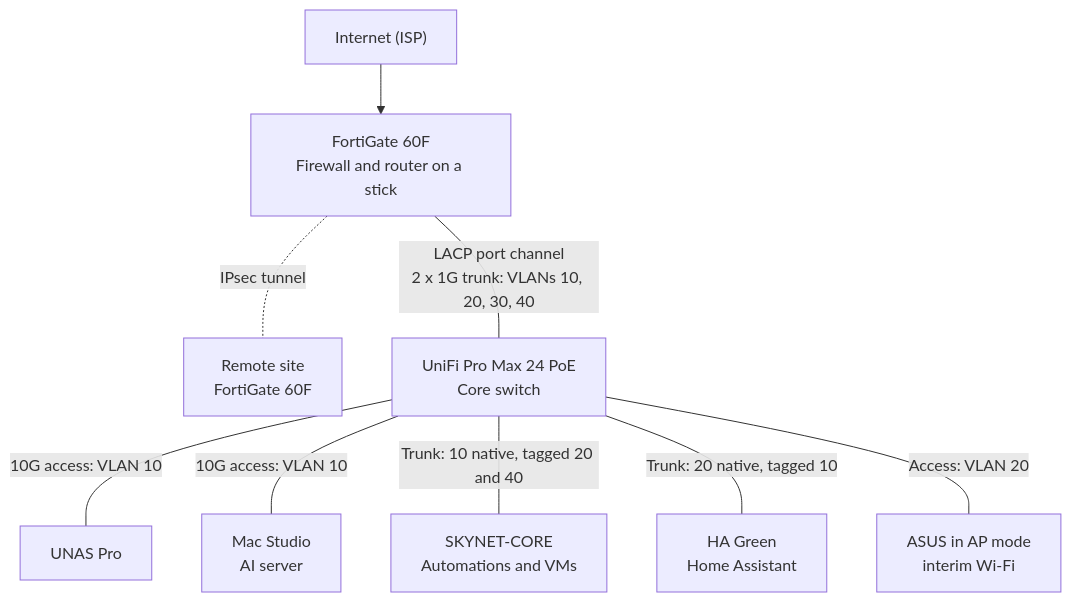
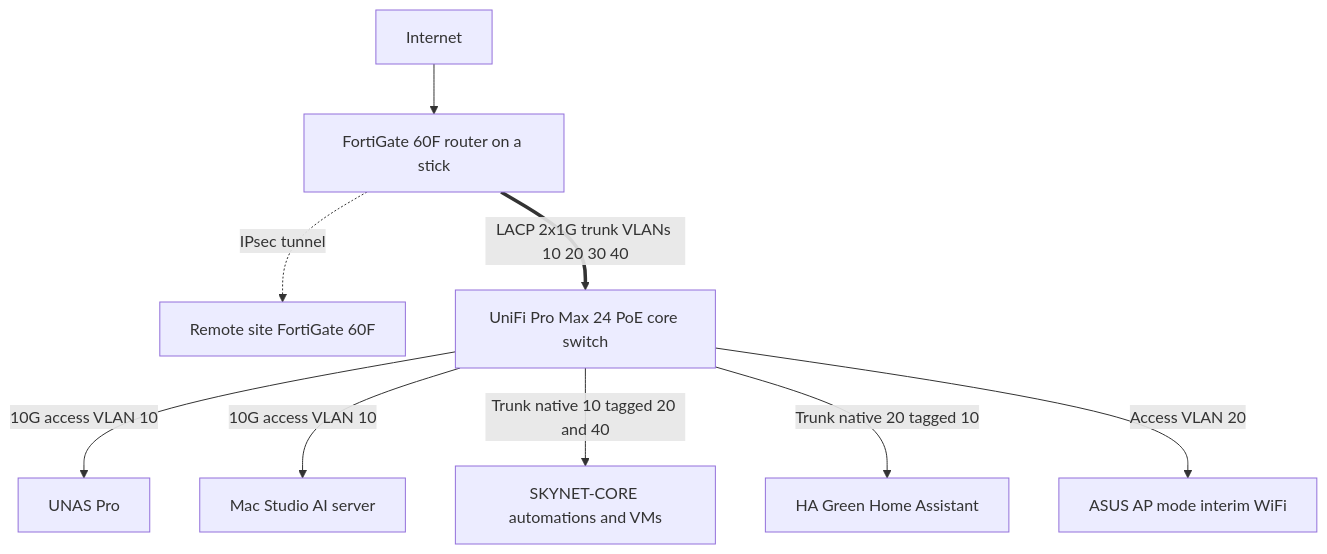
The first of 2 diagrams in 04-Network-Infrastructure/Hardening_Upgrades/Readme.md (VicDubose/Smart-Home-Infrastructure), drawn with Mermaid before and after one commit. The commit also changed other lines of this file, not shown here.

First line of the commit message:
Revise network topology and traffic flow diagrams

````diff
--- a/04-Network-Infrastructure/Hardening_Upgrades/Readme.md
+++ b/04-Network-Infrastructure/Hardening_Upgrades/Readme.md
@@ -79,11 +79,11 @@
 ```mermaid
 flowchart TD
-    ISP["Internet (ISP)"] --> FG["FortiGate 60F<br/>Firewall and router on a stick"]
-    FG -.-|"IPsec tunnel"| RS["Remote site<br/>FortiGate 60F"]
-    FG ---|"LACP port channel<br/>2 x 1G trunk: VLANs 10, 20, 30, 40"| SW["UniFi Pro Max 24 PoE<br/>Core switch"]
-    SW ---|"10G access: VLAN 10"| NAS["UNAS Pro"]
-    SW ---|"10G access: VLAN 10"| MAC["Mac Studio<br/>AI server"]
-    SW ---|"Trunk: 10 native, tagged 20 and 40"| CORE["SKYNET-CORE<br/>Automations and VMs"]
-    SW ---|"Trunk: 20 native, tagged 10"| HA["HA Green<br/>Home Assistant"]
-    SW ---|"Access: VLAN 20"| AP["ASUS in AP mode<br/>interim Wi-Fi"]
+    ISP[Internet] --> FG[FortiGate 60F router on a stick]
+    FG -.->|IPsec tunnel| RS[Remote site FortiGate 60F]
+    FG ==>|LACP 2x1G trunk VLANs 10 20 30 40| SW[UniFi Pro Max 24 PoE core switch]
+    SW -->|10G access VLAN 10| NAS[UNAS Pro]
+    SW -->|10G access VLAN 10| MAC[Mac Studio AI server]
+    SW -->|Trunk native 10 tagged 20 and 40| CORE[SKYNET-CORE automations and VMs]
+    SW -->|Trunk native 20 tagged 10| HA[HA Green Home Assistant]
+    SW -->|Access VLAN 20| AP[ASUS AP mode interim WiFi]
 ```
````
